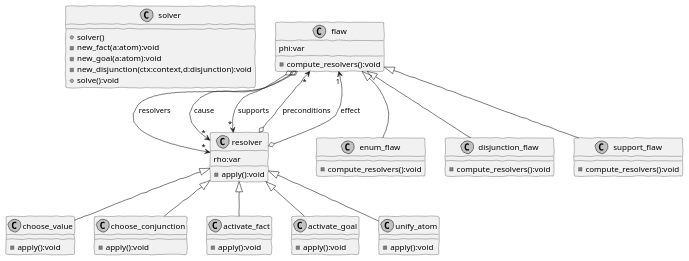
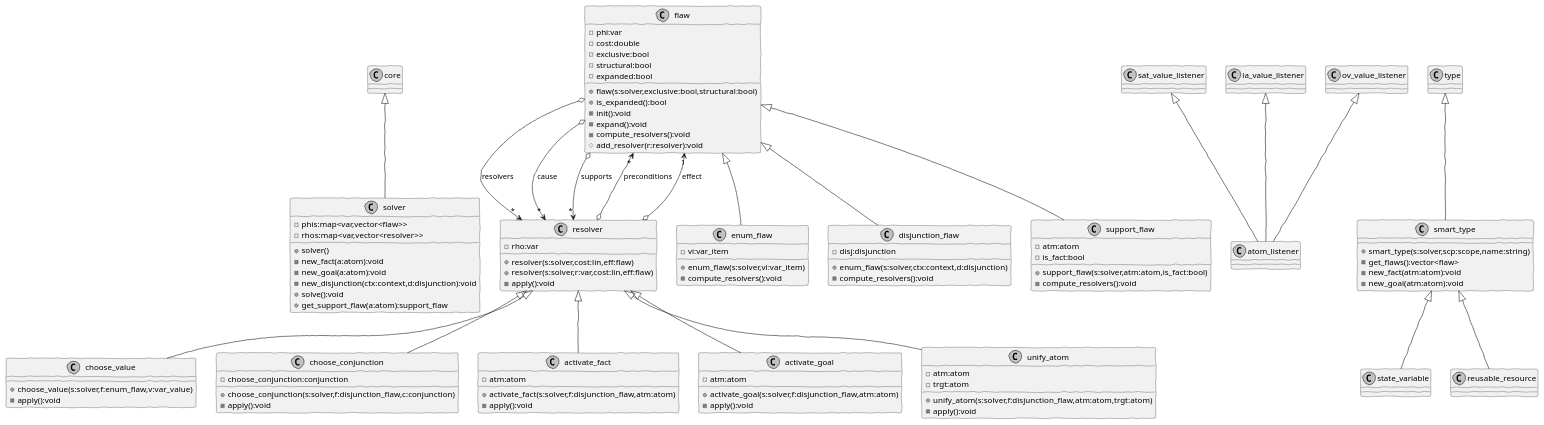
Before and after one commit to riccardodebenedictis/lucy: the diagram in cg-lib/cg-lib.wsd, drawn with PlantUML. The commit also changed 14 other files, not shown here.

```diff
--- a/cg-lib/cg-lib.wsd
+++ b/cg-lib/cg-lib.wsd
@@ -1,56 +1,107 @@
 @startuml cg-lib
 skinparam monochrome true
 skinparam handwritten true
 
 class solver
+core <|-- solver
+solver : -phis:map<var,vector<flaw>>
+solver : -rhos:map<var,vector<resolver>>
 solver : +solver()
 solver : -new_fact(a:atom):void
 solver : -new_goal(a:atom):void
 solver : -new_disjunction(ctx:context,d:disjunction):void
 solver : +solve():void
+solver : +get_support_flaw(a:atom):support_flaw
 
 class flaw
-flaw : phi:var
+flaw : -phi:var
+flaw : -cost:double
+flaw : -exclusive:bool
+flaw : -structural:bool
+flaw : -expanded:bool
+flaw : +flaw(s:solver,exclusive:bool,structural:bool)
+flaw : +is_expanded():bool
+flaw : -init():void
+flaw : -expand():void
 flaw : -compute_resolvers():void
+flaw : #add_resolver(r:resolver):void
 flaw o--> "*" resolver : resolvers
 flaw o--> "*" resolver : cause
 flaw o--> "*" resolver : supports
 
 class resolver
-resolver : rho:var
+resolver : -rho:var
+resolver : +resolver(s:solver,cost:lin,eff:flaw)
+resolver : +resolver(s:solver,r:var,cost:lin,eff:flaw)
 resolver : -apply():void
 resolver o--> "*" flaw : preconditions
 resolver o--> "1" flaw : effect
 
 class enum_flaw
 flaw <|-- enum_flaw
+enum_flaw : -vi:var_item
+enum_flaw : +enum_flaw(s:solver,vi:var_item)
 enum_flaw : -compute_resolvers():void
 
 class choose_value
 resolver <|-- choose_value
+choose_value : +choose_value(s:solver,f:enum_flaw,v:var_value)
 choose_value : -apply():void
 
 class disjunction_flaw
 flaw <|-- disjunction_flaw
+disjunction_flaw : -disj:disjunction
+disjunction_flaw : +enum_flaw(s:solver,ctx:context,d:disjunction)
 disjunction_flaw : -compute_resolvers():void
 
 class choose_conjunction
 resolver <|-- choose_conjunction
+choose_conjunction : -choose_conjunction:conjunction
+choose_conjunction : +choose_conjunction(s:solver,f:disjunction_flaw,c:conjunction)
 choose_conjunction : -apply():void
 
 class support_flaw
 flaw <|-- support_flaw
+support_flaw : -atm:atom
+support_flaw : -is_fact:bool
+support_flaw : +support_flaw(s:solver,atm:atom,is_fact:bool)
 support_flaw : -compute_resolvers():void
 
 class activate_fact
 resolver <|-- activate_fact
+activate_fact : -atm:atom
+activate_fact : +activate_fact(s:solver,f:disjunction_flaw,atm:atom)
 activate_fact : -apply():void
 
 class activate_goal
 resolver <|-- activate_goal
+activate_goal : -atm:atom
+activate_goal : +activate_goal(s:solver,f:disjunction_flaw,atm:atom)
 activate_goal : -apply():void
 
 class unify_atom
 resolver <|-- unify_atom
+unify_atom : -atm:atom
+unify_atom : -trgt:atom
+unify_atom : +unify_atom(s:solver,f:disjunction_flaw,atm:atom,trgt:atom)
 unify_atom : -apply():void
+
+class atom_listener
+sat_value_listener <|-- atom_listener
+la_value_listener <|-- atom_listener
+ov_value_listener <|-- atom_listener
+
+class smart_type
+type <|-- smart_type
+smart_type : +smart_type(s:solver,scp:scope,name:string)
+smart_type : -get_flaws():vector<flaw>
+smart_type : -new_fact(atm:atom):void
+smart_type : -new_goal(atm:atom):void
+
+class state_variable
+smart_type <|-- state_variable
+
+class reusable_resource
+smart_type <|-- reusable_resource
+
 @enduml
```
